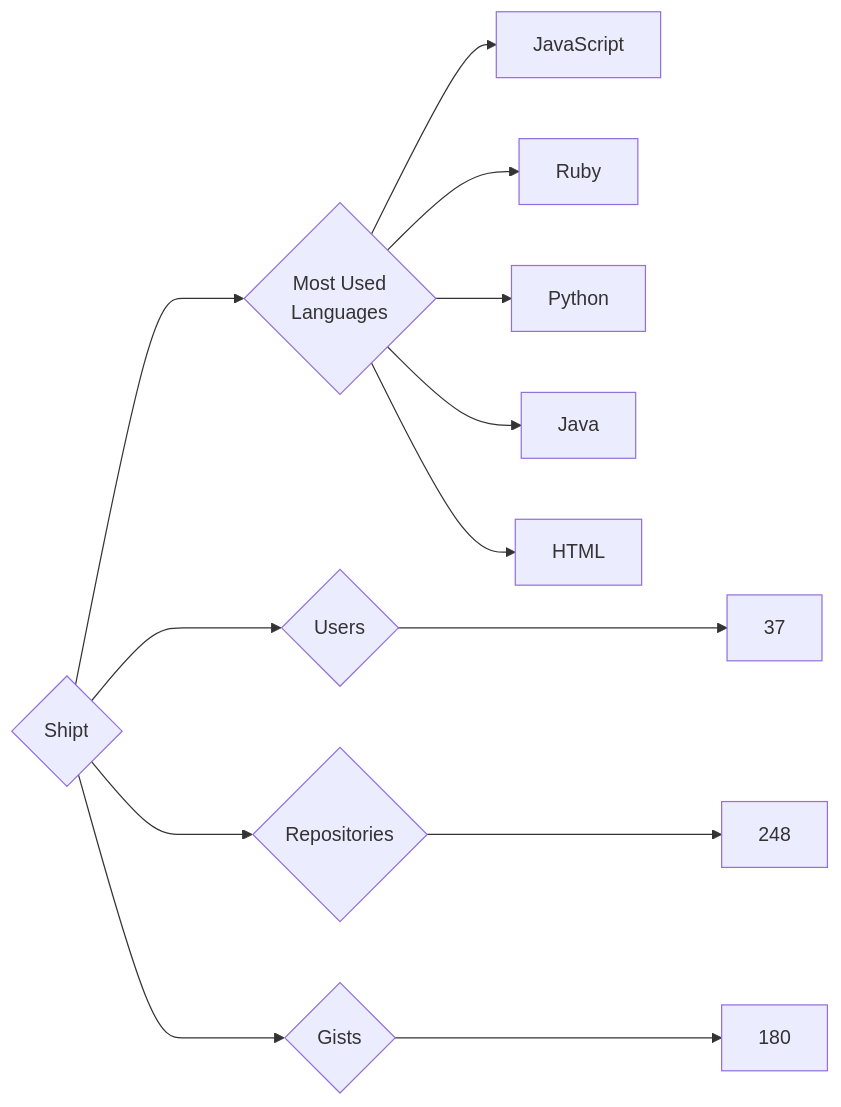
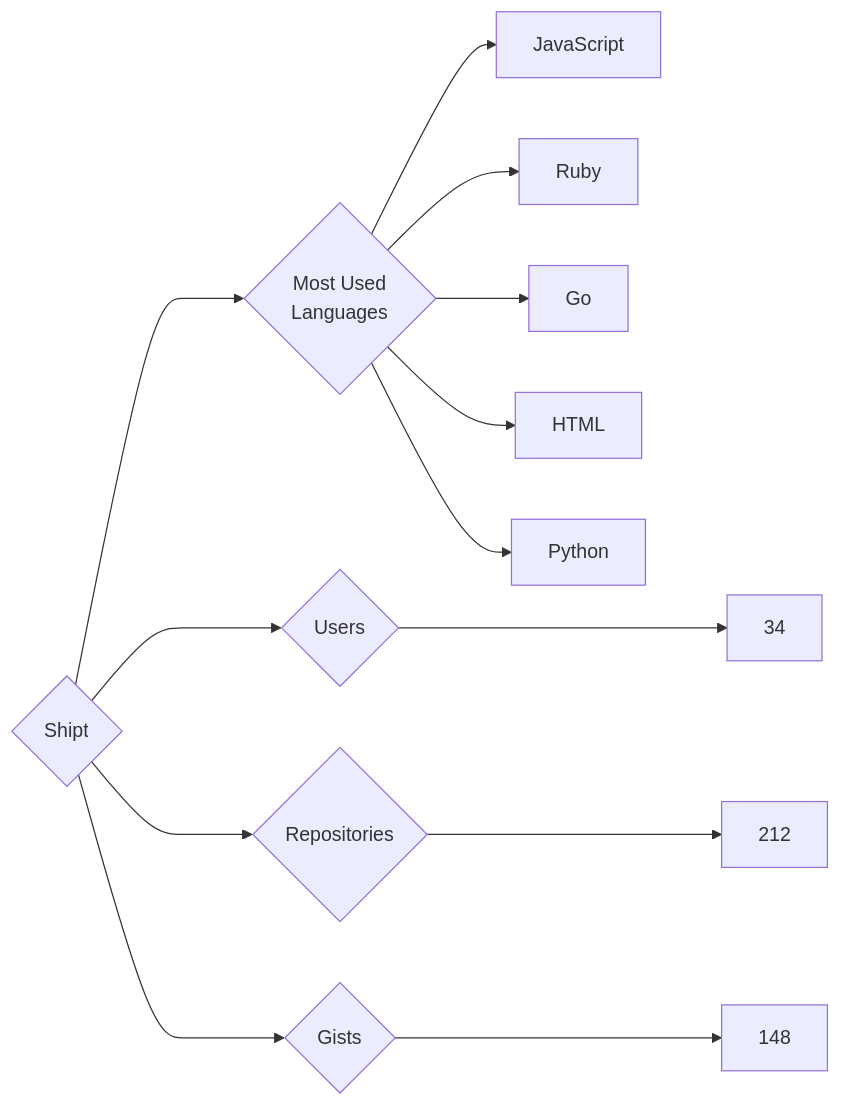
One commit to trickest/insiders changed the diagram in targets/Shipt/README.md. Above: the diagram before and after it, drawn with Mermaid. The commit also changed 695 other files, not shown here.

````diff
--- a/targets/Shipt/README.md
+++ b/targets/Shipt/README.md
@@ -3,13 +3,13 @@
 ```mermaid
 graph LR
 COMPANY_NAME{Shipt}
-COMPANY_NAME ---> U{Users} ---> UN[37]
-COMPANY_NAME ---> R{Repositories} ---> RN[248]
-COMPANY_NAME ---> G{Gists} ---> GN[180]
+COMPANY_NAME ---> U{Users} ---> UN[34]
+COMPANY_NAME ---> R{Repositories} ---> RN[212]
+COMPANY_NAME ---> G{Gists} ---> GN[148]
 COMPANY_NAME ---> ML{Most Used<br>Languages}
 ML --> JavaScript[JavaScript]
 ML --> Ruby[Ruby]
+ML --> Go[Go]
+ML --> HTML[HTML]
 ML --> Python[Python]
-ML --> Java[Java]
-ML --> HTML[HTML]
 ```
````
